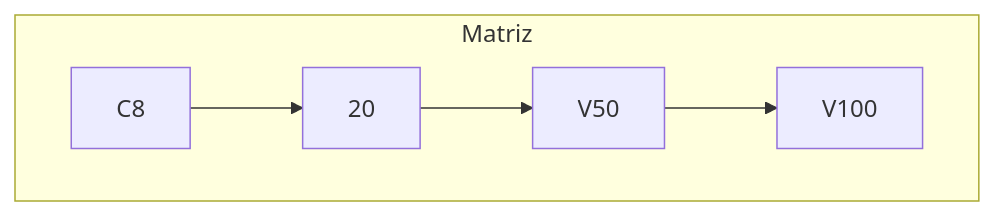
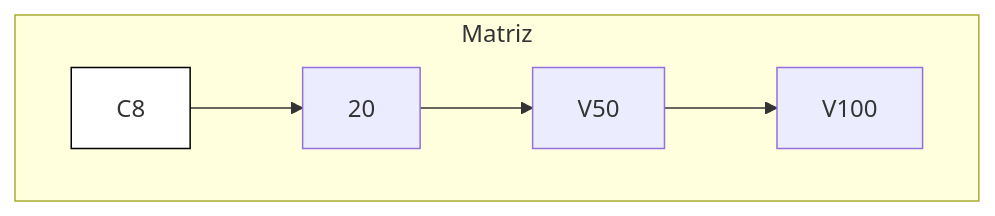
The diagram in README.md (erlonviana/GAPS_Crystal), drawn with Mermaid before and after one commit.

````diff
--- a/README.md
+++ b/README.md
@@ -3,7 +3,8 @@
 ```mermaid
 graph TD
   subgraph Matriz
 A1["C8"]:::branco --> A2["20"]:::amarelo --> A3["V50"]:::laranja --> A4["V100"]:::vermelho
+  end
 
-end
+classDef branco fill:#fff, stroke:#000, stroke-width:1px;
 ```
````
